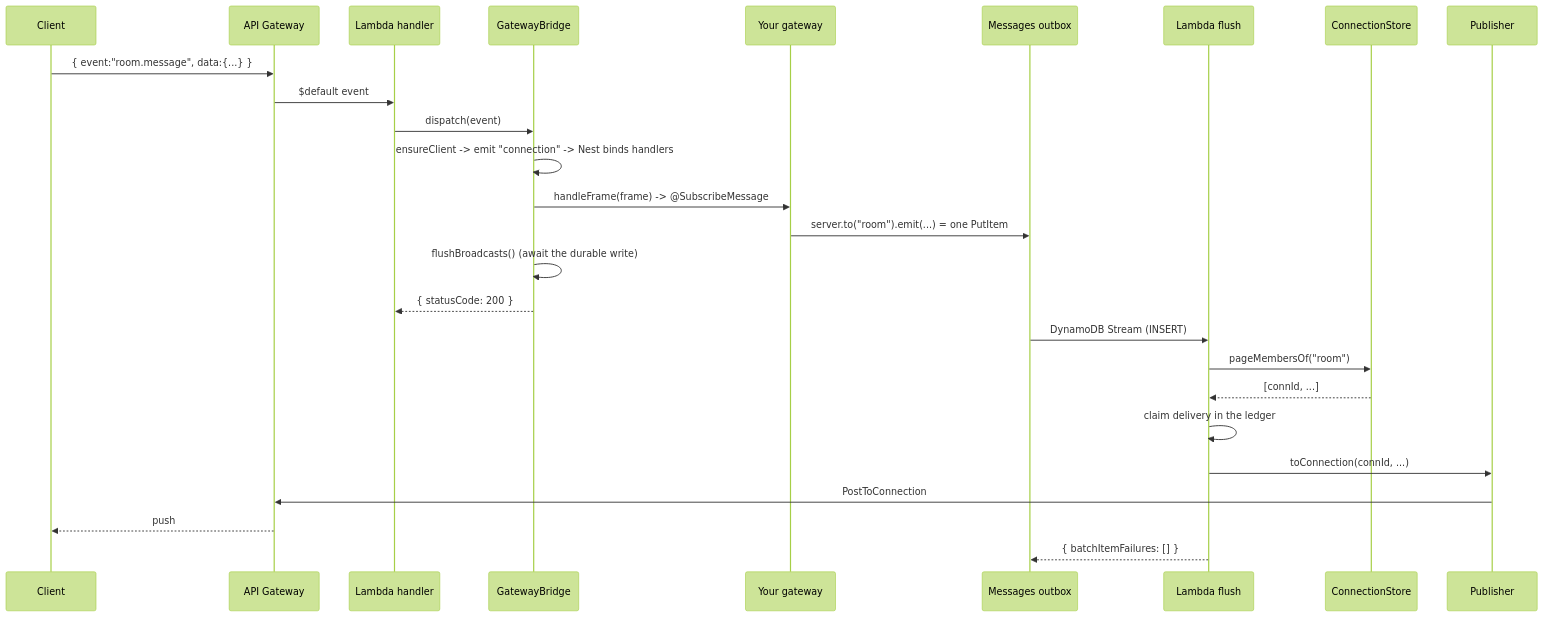
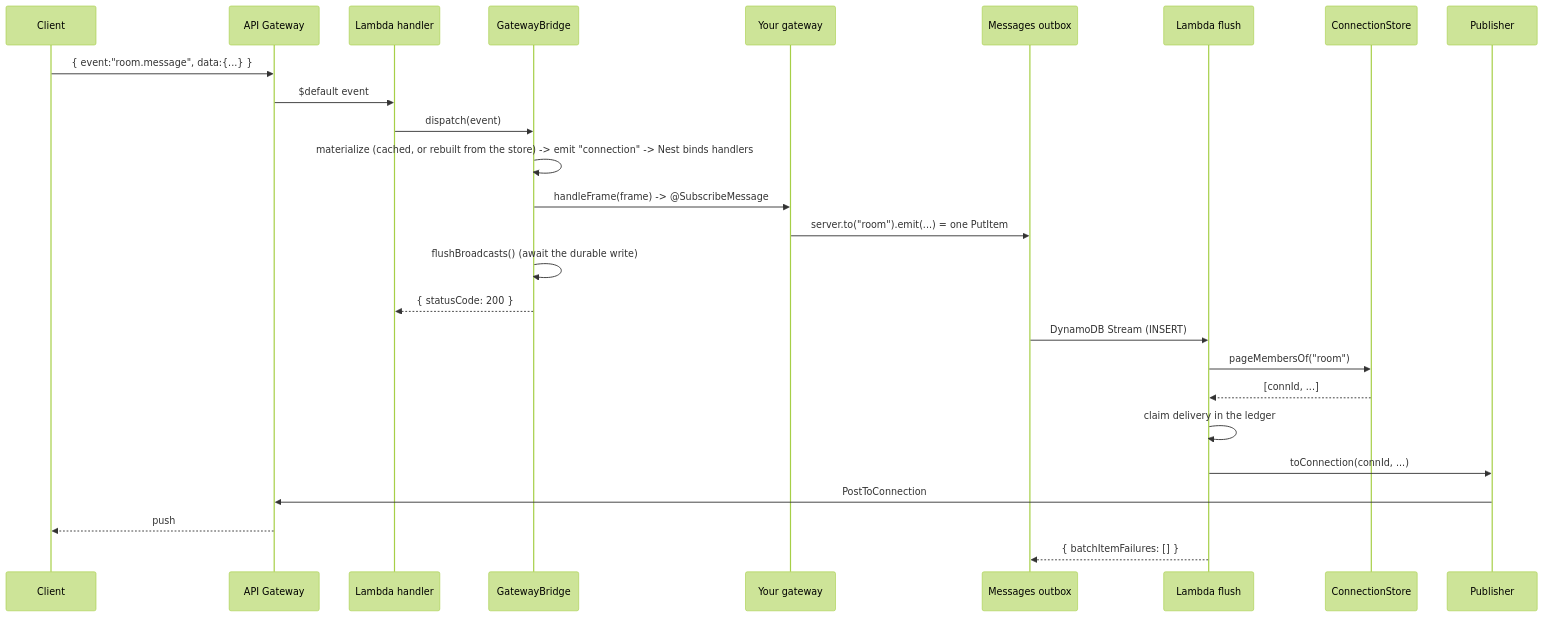
The third of 3 diagrams in README.md (Manuel-Antunes/apigw-ws-nest), drawn with Mermaid (forest theme) before and after one commit. The commit also changed other lines of this file and 4 other files, not shown here.

````diff
--- a/README.md
+++ b/README.md
@@ -725,29 +1020,29 @@
 ```mermaid
 sequenceDiagram
   participant Client
   participant APIGW as API Gateway
   participant H as Lambda handler
   participant Br as GatewayBridge
   participant GW as Your gateway
   participant Ob as Messages outbox
   participant F as Lambda flush
   participant St as ConnectionStore
   participant Pub as Publisher
 
   Client->>APIGW: { event:"room.message", data:{...} }
   APIGW->>H: $default event
   H->>Br: dispatch(event)
-  Br->>Br: ensureClient -> emit "connection" -> Nest binds handlers
+  Br->>Br: materialize (cached, or rebuilt from the store) -> emit "connection" -> Nest binds handlers
   Br->>GW: handleFrame(frame) -> @SubscribeMessage
   GW->>Ob: server.to("room").emit(...) = one PutItem
   Br->>Br: flushBroadcasts() (await the durable write)
   Br-->>H: { statusCode: 200 }
   Ob->>F: DynamoDB Stream (INSERT)
   F->>St: pageMembersOf("room")
   St-->>F: [connId, ...]
   F->>F: claim delivery in the ledger
   F->>Pub: toConnection(connId, ...)
   Pub->>APIGW: PostToConnection
   APIGW-->>Client: push
   F-->>Ob: { batchItemFailures: [] }
 ```
````
